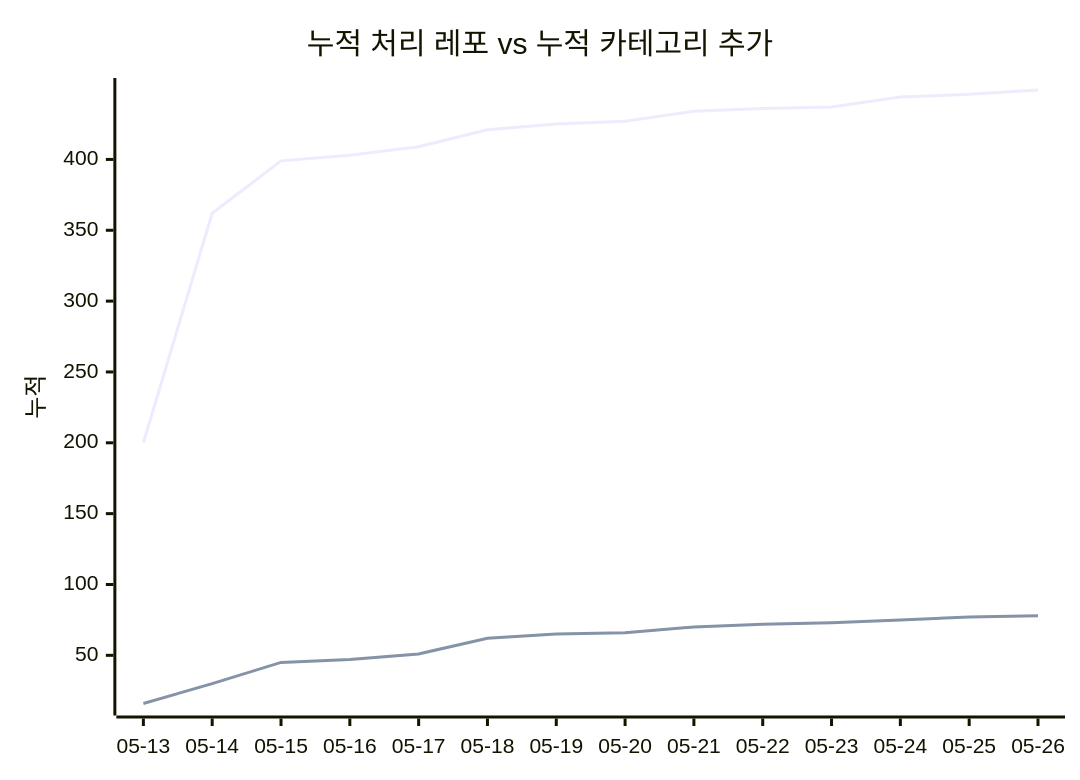
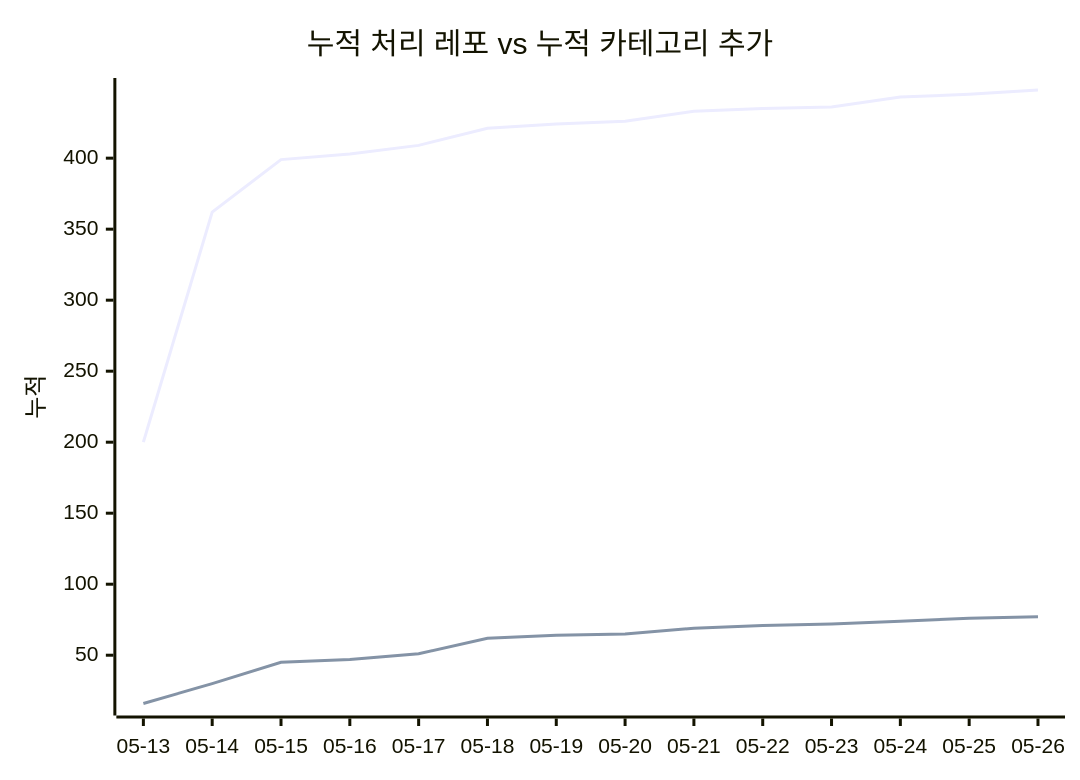
The second of 2 diagrams in docs/trends.md (J-nowcow/awesome-korean-agent-skills), drawn with Mermaid before and after one commit. The commit also changed other lines of this file and 28 other files, not shown here.

````diff
--- a/docs/trends.md
+++ b/docs/trends.md
@@ -68,8 +68,8 @@
 ```mermaid
 xychart-beta
     title "누적 처리 레포 vs 누적 카테고리 추가"
     x-axis ["05-13","05-14","05-15","05-16","05-17","05-18","05-19","05-20","05-21","05-22","05-23","05-24","05-25","05-26"]
     y-axis "누적"
-    line [200,362,399,403,409,421,425,427,434,436,437,444,446,449]
-    line [16,30,45,47,51,62,65,66,70,72,73,75,77,78]
+    line [200,362,399,403,409,421,424,426,433,435,436,443,445,448]
+    line [16,30,45,47,51,62,64,65,69,71,72,74,76,77]
 ```
````
